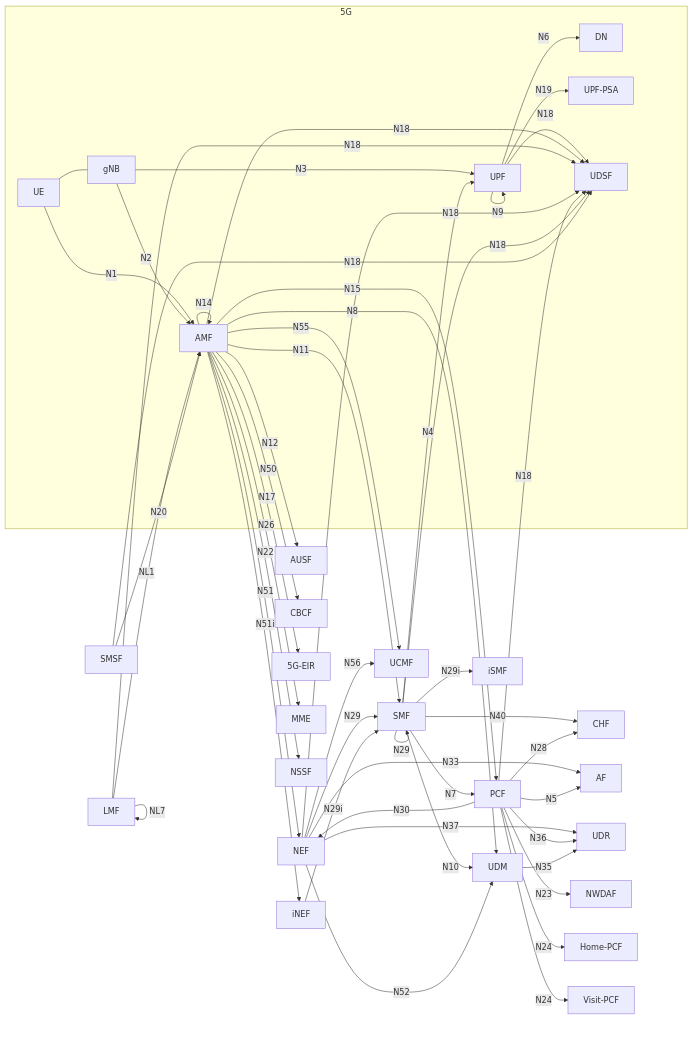
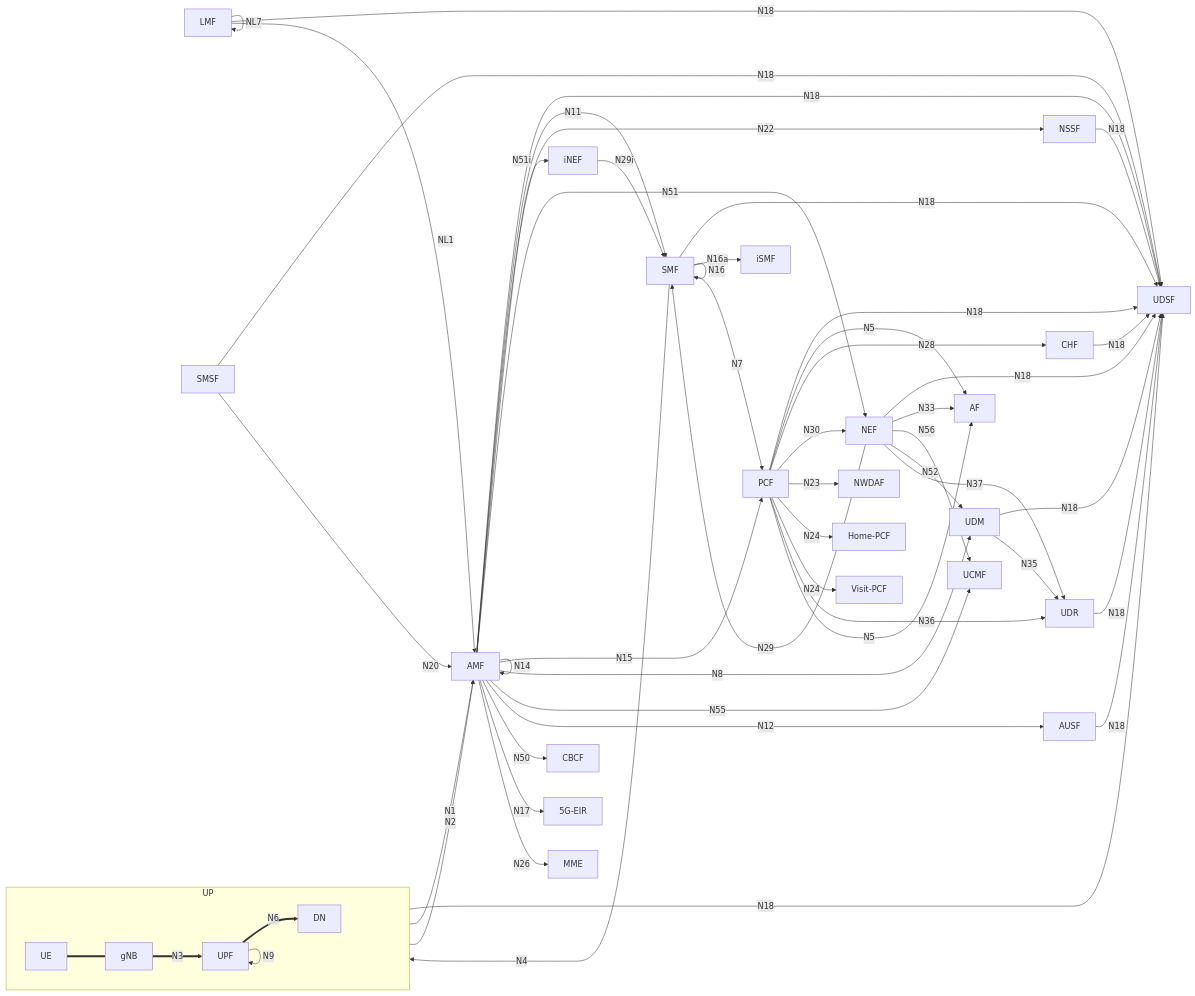
One commit to F0otsh0T/hcp-vault-patterns changed the sixth of 6 diagrams in secrets/pki-mtls-xsign/README.md. Above: the diagram before and after it, drawn with Mermaid.

Commit message:
[F0otsh0T 20220809] Updated SBA Mermaid Graph

````diff
--- a/secrets/pki-mtls-xsign/README.md
+++ b/secrets/pki-mtls-xsign/README.md
@@ -198,57 +198,61 @@
 ```mermaid
-graph LR
+graph LR;
 
-  subgraph 5G
-    UE -- N1 --> AMF;
-    UE --- gNB;
-    gNB -- N2 --> AMF;
-    gNB -- N3 --> UPF;
-    UPF -- N6 --> DN;
-    UPF -- N9 --> UPF;
-    UPF -- N19 --> UPF-PSA;
-    UPF -- N18 --> UDSF;
+  UPF -- N18 --> UDSF
+  AMF -- N18 --> UDSF
+  LMF -- N18 --> UDSF
+  NEF -- N18 --> UDSF
+  PCF -- N18 --> UDSF
+  SMF -- N18 --> UDSF
+  SMSF -- N18 --> UDSF
+  CHF -- N18 --> UDSF
+  NSSF -- N18 --> UDSF
+  UDR -- N18 --> UDSF
+  AUSF -- N18 --> UDSF
+  UDM -- N18 --> UDSF
+
+  NEF -- N33 --> AF
+  NEF -- N29 --> SMF
+  iNEF -- N29i --> SMF
+  NEF -- N56 --> UCMF
+  NEF -- N52 --> UDM
+  NEF -- N37 --> UDR
+
+  PCF -- N5 --> AF
+  PCF -- N28 --> CHF
+  PCF -- N30 --> NEF
+  PCF -- N23 --> NWDAF
+  PCF -- N24 --> Home-PCF
+  PCF -- N24 --> Visit-PCF
+  PCF -- N36 --> UDR
+  SMSF -- N20 --> AMF
+  UDM -- N35 --> UDR
+
+  subgraph UP
+    direction LR
+    UE === gNB == N3 ==> UPF == N6 ==> DN
+    UPF -- N9 --> UPF
   end
 
-  AMF -- N14 --> AMF;
-  AMF -- N12 --> AUSF;
-  AMF -- N50 --> CBCF;
-  AMF -- N17 --> 5G-EIR;
-  AMF -- N51 --> NEF;
-  AMF -- N51i --> iNEF;
-  AMF -- N26 --> MME;
-  AMF -- N22 --> NSSF;
-  AMF -- N11 --> SMF;
-  AMF -- N15 --> PCF;
-  AMF -- N55 --> UCMF;
-  AMF -- N8 --> UDM;
-  SMF -- N40 --> CHF;
-  SMF -- N7 --> PCF;
-  SMF -- N29 --> SMF;
-  SMF -- N29i --> iSMF;
-  SMF -- N10 --> UDM;
-  SMF -- N4 --> UPF;
+  SMF -- N16 --> SMF
+  SMF -- N16a --> iSMF
+  UE -- N1 --> AMF -- N11 --> SMF -- N7 --> PCF -- N5 --> AF
+  gNB -- N2 --> AMF
+  SMF -- N4 --> UPF
+
+  AMF -- N22 --> NSSF
+  AMF -- N51i --> iNEF
+  AMF -- N51 --> NEF
+  AMF -- N14 --> AMF
+  AMF -- N15 --> PCF
+  AMF -- N8 --> UDM
+  AMF -- N55 --> UCMF
+  AMF -- N12 --> AUSF
+  AMF -- N50 --> CBCF
+  AMF -- N17 --> 5G-EIR
+  AMF -- N26 --> MME
+
   LMF -- NL1 --> AMF;
   LMF -- NL7 --> LMF;
-  NEF -- N33 --> AF;
-  NEF -- N29 --> SMF;
-  iNEF -- N29i --> SMF;
-  NEF -- N56 --> UCMF;
-  NEF -- N52 --> UDM;
-  NEF -- N37 --> UDR;
-  PCF -- N5 --> AF;
-  PCF -- N28 --> CHF;
-  PCF -- N30 --> NEF;
-  PCF -- N23 --> NWDAF;
-  PCF -- N24 --> Home-PCF;
-  PCF -- N24 --> Visit-PCF;
-  PCF -- N36 --> UDR;
-  SMSF -- N20 --> AMF;
-  UDM -- N35 --> UDR;
-  AMF -- N18 --> UDSF;
-  LMF -- N18 --> UDSF;
-  NEF -- N18 --> UDSF;
-  PCF -- N18 --> UDSF;
-  SMF -- N18 --> UDSF;
-  SMSF -- N18 --> UDSF;
 
 ```
````
